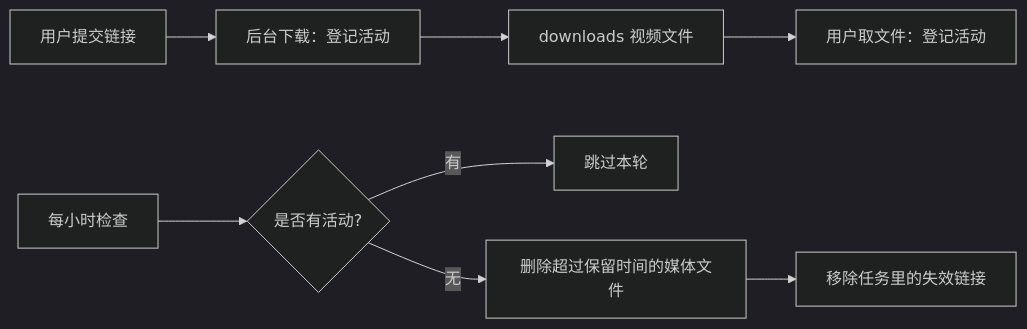
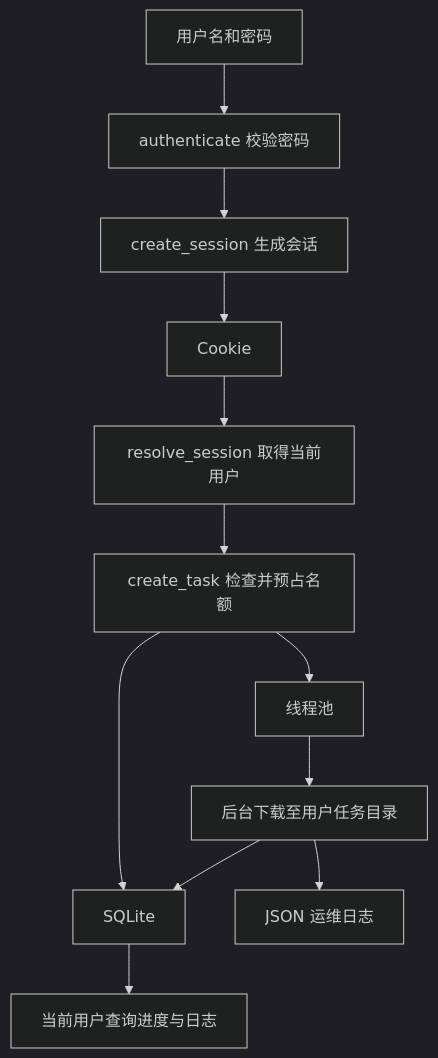
Before and after one commit to qhanqing98-cyber/dyonline: the second of 2 diagrams in README.md, drawn with Mermaid (dark theme). The commit also changed other lines of this file, not shown here.

````diff
--- a/README.md
+++ b/README.md
@@ -364,10 +278,14 @@
 ```mermaid
-flowchart LR
-    A[用户提交链接] --> B[后台下载：登记活动]
-    B --> C[downloads 视频文件]
-    C --> D[用户取文件：登记活动]
-    E[每小时检查] --> F{是否有活动?}
-    F -->|有| G[跳过本轮]
-    F -->|无| H[删除超过保留时间的媒体文件]
-    H --> I[移除任务里的失效链接]
+flowchart TD
+    登录[用户名和密码] --> 校验[authenticate 校验密码]
+    校验 --> 会话[create_session 生成会话]
+    会话 --> Cookie
+    Cookie --> 身份[resolve_session 取得当前用户]
+    身份 --> 限制[create_task 检查并预占名额]
+    限制 --> SQLite
+    限制 --> 线程池
+    线程池 --> 下载[后台下载至用户任务目录]
+    下载 --> SQLite
+    下载 --> 日志[JSON 运维日志]
+    SQLite --> 页面[当前用户查询进度与日志]
 ```
````
